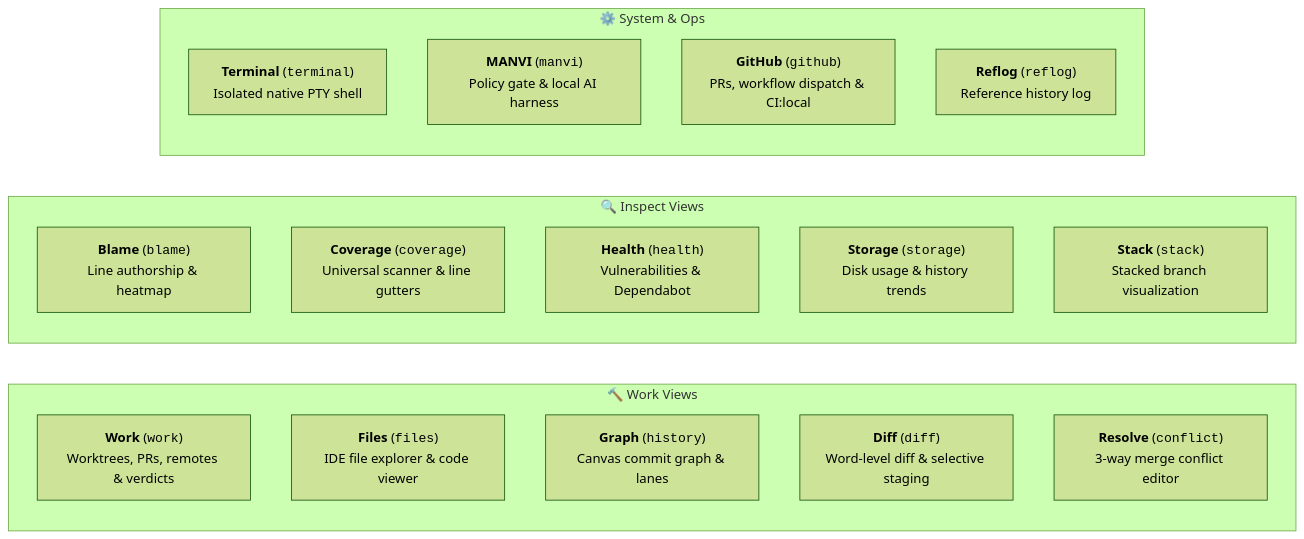
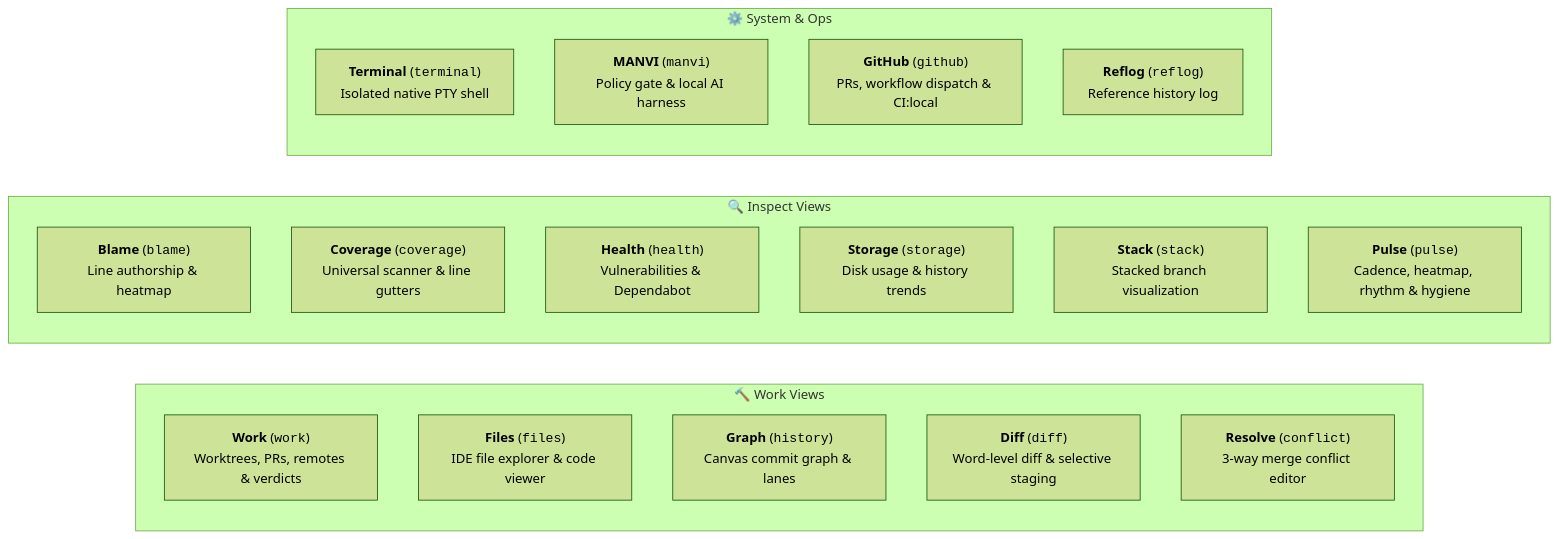
Before and after one commit to bharathvbcr/GitPulse: the second of 4 diagrams in README.md, drawn with Mermaid (forest theme). The commit also changed other lines of this file and 95 other files, not shown here.

````diff
--- a/README.md
+++ b/README.md
@@ -93,25 +93,26 @@
 ```mermaid
 flowchart LR
     subgraph Work["🔨 Work Views"]
         WorkTab["<b>Work</b> (<code>work</code>)<br/>Worktrees, PRs, remotes & verdicts"]
         Files["<b>Files</b> (<code>files</code>)<br/>IDE file explorer & code viewer"]
         Graph["<b>Graph</b> (<code>history</code>)<br/>Canvas commit graph & lanes"]
         Diff["<b>Diff</b> (<code>diff</code>)<br/>Word-level diff & selective staging"]
         Conflict["<b>Resolve</b> (<code>conflict</code>)<br/>3-way merge conflict editor"]
     end
 
     subgraph Inspect["🔍 Inspect Views"]
         Blame["<b>Blame</b> (<code>blame</code>)<br/>Line authorship & heatmap"]
         Coverage["<b>Coverage</b> (<code>coverage</code>)<br/>Universal scanner & line gutters"]
         Health["<b>Health</b> (<code>health</code>)<br/>Vulnerabilities & Dependabot"]
         Storage["<b>Storage</b> (<code>storage</code>)<br/>Disk usage & history trends"]
         Stack["<b>Stack</b> (<code>stack</code>)<br/>Stacked branch visualization"]
+        Pulse["<b>Pulse</b> (<code>pulse</code>)<br/>Cadence, heatmap, rhythm & hygiene"]
     end
 
     subgraph System["⚙️ System & Ops"]
         Terminal["<b>Terminal</b> (<code>terminal</code>)<br/>Isolated native PTY shell"]
         MANVI["<b>MANVI</b> (<code>manvi</code>)<br/>Policy gate & local AI harness"]
         GitHub["<b>GitHub</b> (<code>github</code>)<br/>PRs, workflow dispatch & CI:local"]
         Reflog["<b>Reflog</b> (<code>reflog</code>)<br/>Reference history log"]
     end
 ```
````
